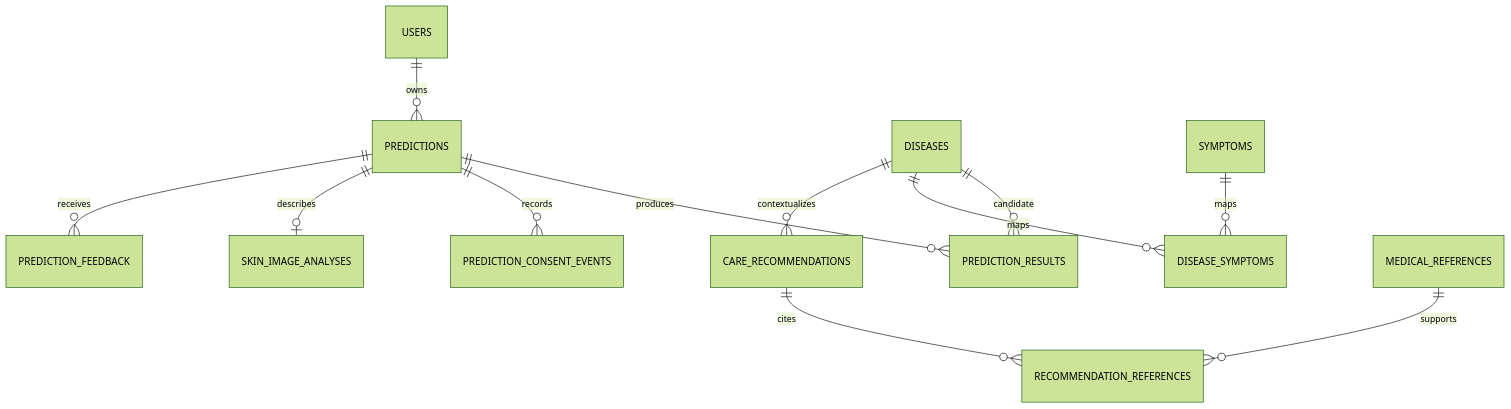
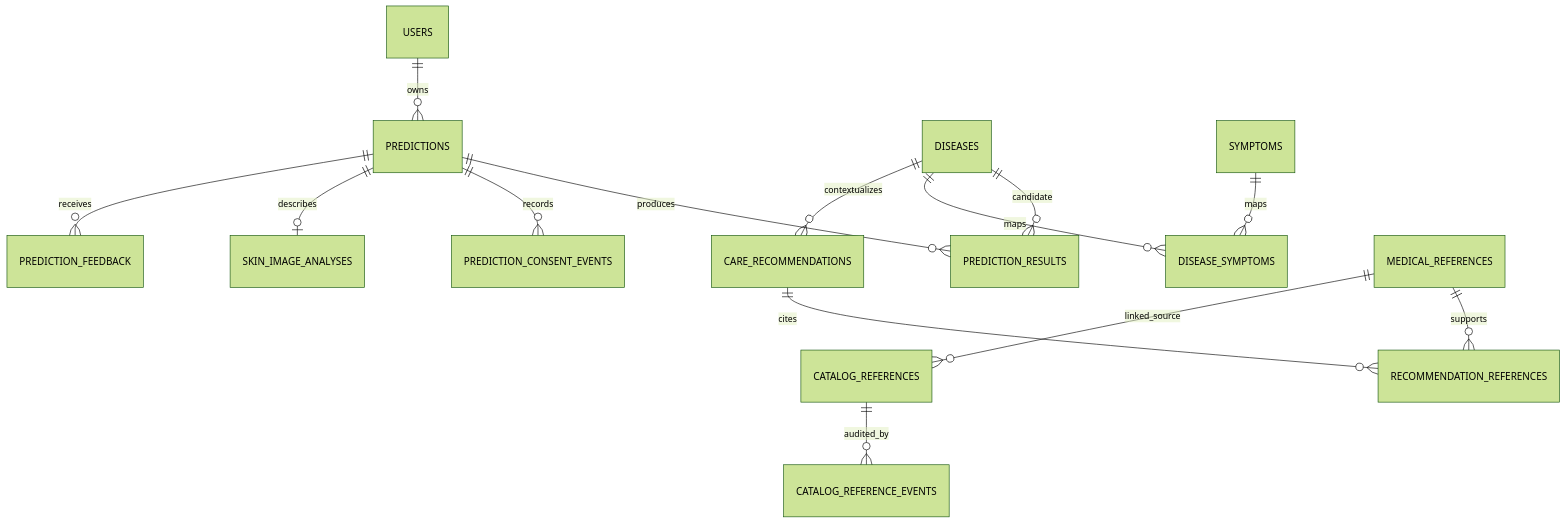
One commit to Sairajgupta123/Medpredict changed the diagram in docs/architecture/database-schema.md. Above: the diagram before and after it, drawn with Mermaid (forest theme). The commit also changed other lines of this file, not shown here.

Commit message:
Document catalog source reference relationships and governance

````diff
--- a/docs/architecture/database-schema.md
+++ b/docs/architecture/database-schema.md
@@ -21,14 +21,16 @@
 ```mermaid
 erDiagram
     USERS ||--o{ PREDICTIONS : owns
     PREDICTIONS ||--o{ PREDICTION_RESULTS : produces
     PREDICTIONS ||--o{ PREDICTION_CONSENT_EVENTS : records
     DISEASES ||--o{ PREDICTION_RESULTS : candidate
     PREDICTIONS ||--o| SKIN_IMAGE_ANALYSES : describes
     PREDICTIONS ||--o{ PREDICTION_FEEDBACK : receives
     DISEASES ||--o{ DISEASE_SYMPTOMS : maps
     SYMPTOMS ||--o{ DISEASE_SYMPTOMS : maps
     DISEASES ||--o{ CARE_RECOMMENDATIONS : contextualizes
     CARE_RECOMMENDATIONS ||--o{ RECOMMENDATION_REFERENCES : cites
     MEDICAL_REFERENCES ||--o{ RECOMMENDATION_REFERENCES : supports
+    MEDICAL_REFERENCES ||--o{ CATALOG_REFERENCES : linked_source
+    CATALOG_REFERENCES ||--o{ CATALOG_REFERENCE_EVENTS : audited_by
 ```
````
